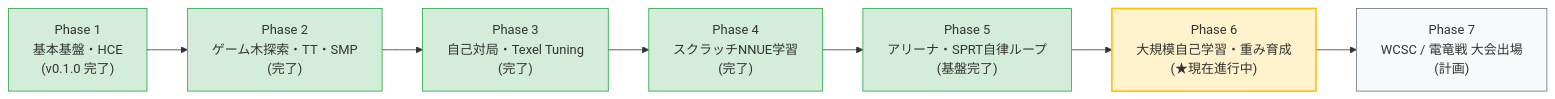
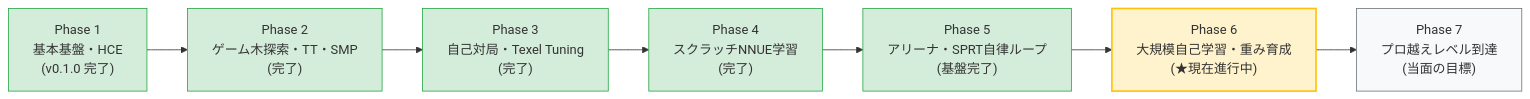
The diagram in ARCHITECTURE.md (takumikusumoto/tabula-shogi), drawn with Mermaid before and after one commit. The commit also changed other lines of this file and 1 other file, not shown here.

Commit message:
docs: 目標マイルストーンを大会出場から「プロ越えレベル到達」へ精査・修正

````diff
--- a/ARCHITECTURE.md
+++ b/ARCHITECTURE.md
@@ -174,17 +174,17 @@
 ```mermaid
 flowchart LR
     P1["Phase 1<br/>基本基盤・HCE<br/>(v0.1.0 完了)"] --> P2["Phase 2<br/>ゲーム木探索・TT・SMP<br/>(完了)"]
     P2 --> P3["Phase 3<br/>自己対局・Texel Tuning<br/>(完了)"]
     P3 --> P4["Phase 4<br/>スクラッチNNUE学習<br/>(完了)"]
     P4 --> P5["Phase 5<br/>アリーナ・SPRT自律ループ<br/>(基盤完了)"]
     P5 --> P6["Phase 6<br/>大規模自己学習・重み育成<br/>(★現在進行中)"]
-    P6 --> P7["Phase 7<br/>WCSC / 電竜戦 大会出場<br/>(計画)"]
+    P6 --> P7["Phase 7<br/>プロ越えレベル到達<br/>(当面の目標)"]
 
     style P1 fill:#d4edda,stroke:#28a745
     style P2 fill:#d4edda,stroke:#28a745
     style P3 fill:#d4edda,stroke:#28a745
     style P4 fill:#d4edda,stroke:#28a745
     style P5 fill:#d4edda,stroke:#28a745
     style P6 fill:#fff3cd,stroke:#ffc107,stroke-width:2px
     style P7 fill:#f8f9fa,stroke:#6c757d
 ```
````
